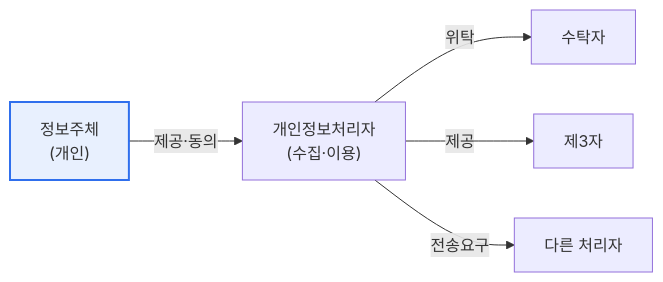
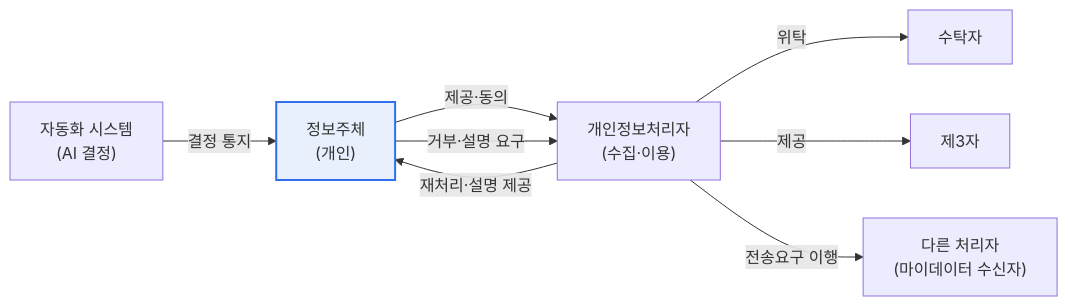
One commit to coninggu/wjdqhrhksflrltnftk changed the second of 2 diagrams in content/privacy-law-amendment.md. Above: the diagram before and after it, drawn with Mermaid. The commit also changed other lines of this file and 3 other files, not shown here.

````diff
--- a/content/privacy-law-amendment.md
+++ b/content/privacy-law-amendment.md
@@ -27,8 +93,11 @@
 ```mermaid
 flowchart LR
   S["정보주체<br/>(개인)"] -->|제공·동의| C["개인정보처리자<br/>(수집·이용)"]
-  C -->|위탁| P[수탁자]
-  C -->|제공| T[제3자]
-  C -->|전송요구| C2[다른 처리자]
+  C -->|위탁| P["수탁자"]
+  C -->|제공| T["제3자"]
+  C -->|전송요구 이행| C2["다른 처리자<br/>(마이데이터 수신자)"]
+  A["자동화 시스템<br/>(AI 결정)"] -->|결정 통지| S
+  S -->|거부·설명 요구| C
+  C -->|재처리·설명 제공| S
   style S fill:#e8f0fe,stroke:#2f6fed,stroke-width:2px
 ```
````
